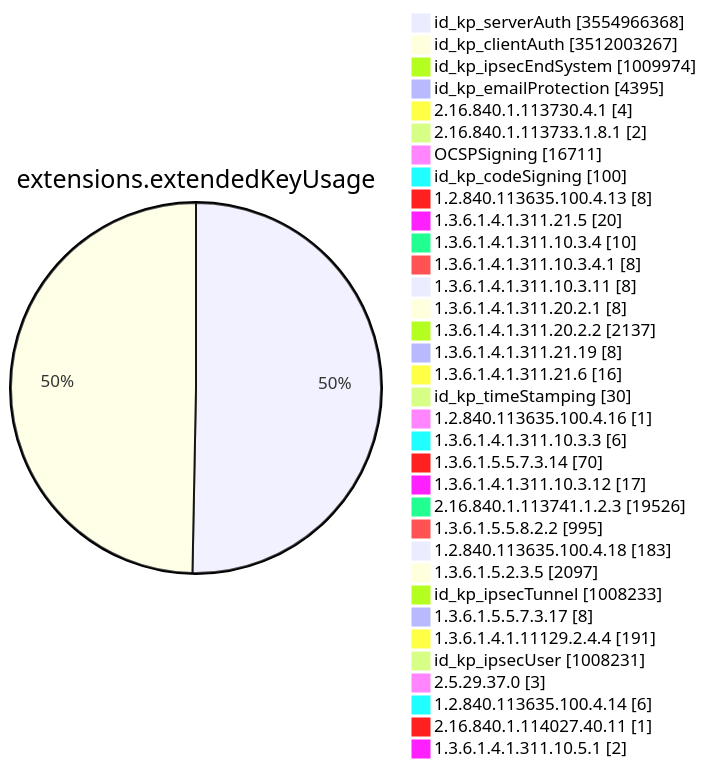
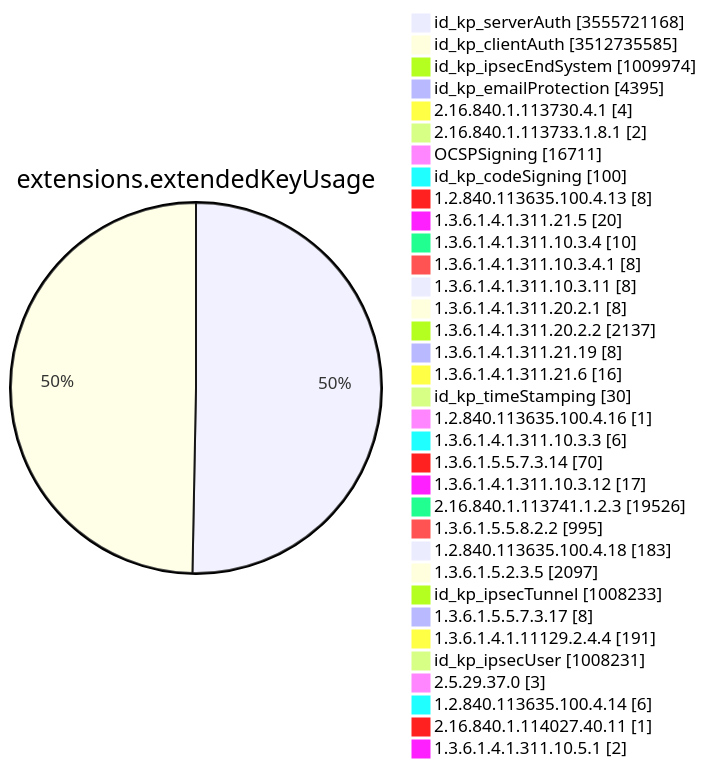
Before and after one commit to christiankrug/ctmonitor_visualization: diagram 11 of 15 in TOTAL/README.md, drawn with Mermaid. The commit also changed other lines of this file, not shown here.

````diff
--- a/TOTAL/README.md
+++ b/TOTAL/README.md
@@ -4128,38 +4128,38 @@
 ```mermaid
 pie showData
 title extensions.extendedKeyUsage
-"id_kp_serverAuth" :3554966368
-"id_kp_clientAuth" :3512003267
+"id_kp_serverAuth" :3555721168
+"id_kp_clientAuth" :3512735585
 "id_kp_ipsecEndSystem" :1009974
 "id_kp_emailProtection" :4395
 "2.16.840.1.113730.4.1" :4
 "2.16.840.1.113733.1.8.1" :2
 "OCSPSigning" :16711
 "id_kp_codeSigning" :100
 "1.2.840.113635.100.4.13" :8
 "1.3.6.1.4.1.311.21.5" :20
 "1.3.6.1.4.1.311.10.3.4" :10
 "1.3.6.1.4.1.311.10.3.4.1" :8
 "1.3.6.1.4.1.311.10.3.11" :8
 "1.3.6.1.4.1.311.20.2.1" :8
 "1.3.6.1.4.1.311.20.2.2" :2137
 "1.3.6.1.4.1.311.21.19" :8
 "1.3.6.1.4.1.311.21.6" :16
 "id_kp_timeStamping" :30
 "1.2.840.113635.100.4.16" :1
 "1.3.6.1.4.1.311.10.3.3" :6
 "1.3.6.1.5.5.7.3.14" :70
 "1.3.6.1.4.1.311.10.3.12" :17
 "2.16.840.1.113741.1.2.3" :19526
 "1.3.6.1.5.5.8.2.2" :995
 "1.2.840.113635.100.4.18" :183
 "1.3.6.1.5.2.3.5" :2097
 "id_kp_ipsecTunnel" :1008233
 "1.3.6.1.5.5.7.3.17" :8
 "1.3.6.1.4.1.11129.2.4.4" :191
 "id_kp_ipsecUser" :1008231
 "2.5.29.37.0" :3
 "1.2.840.113635.100.4.14" :6
 "2.16.840.1.114027.40.11" :1
 "1.3.6.1.4.1.311.10.5.1" :2
 ```
````
